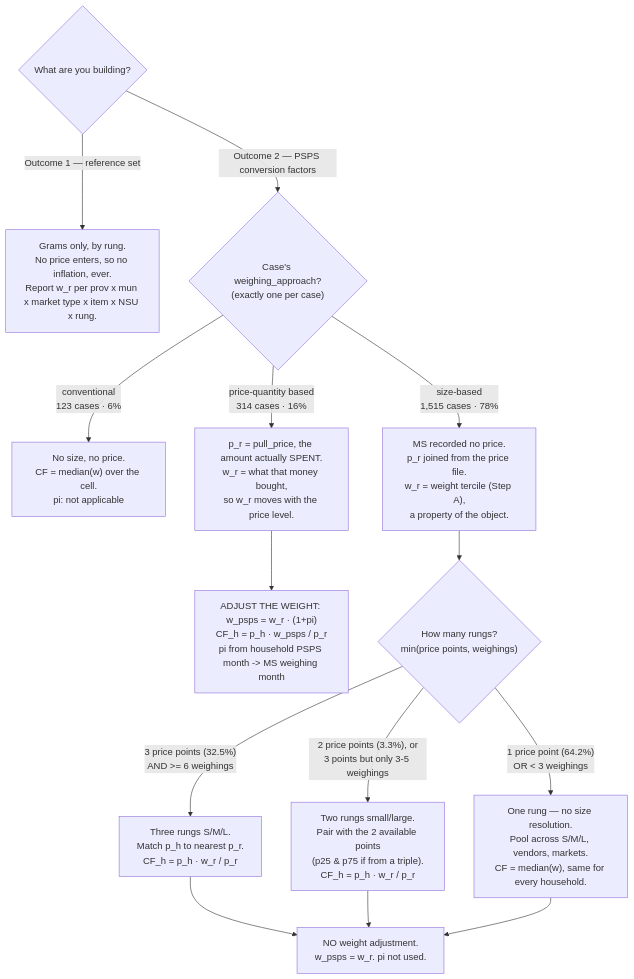
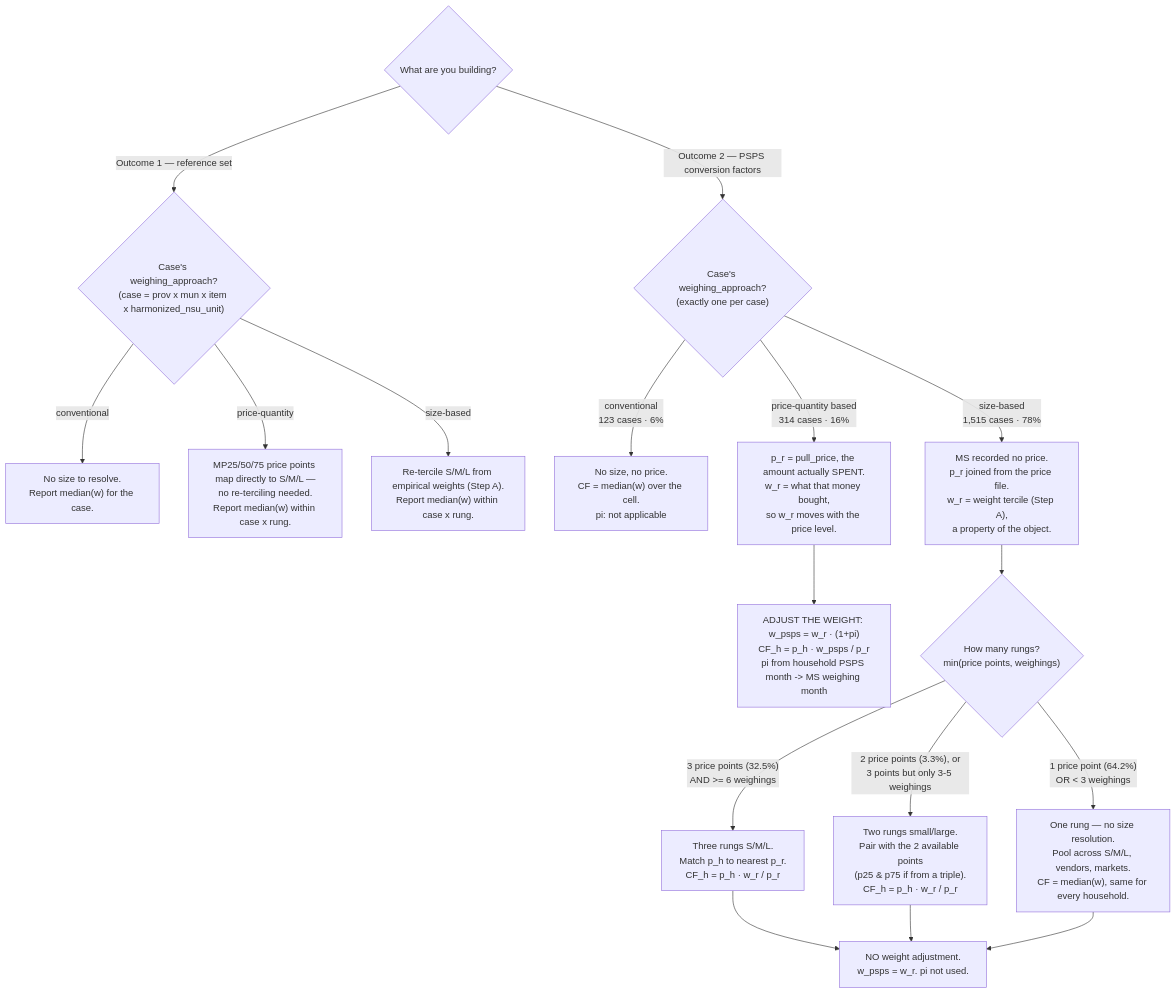
Before and after one commit to Shineyang03/nsu-market-survey-cleaning: the first of 2 diagrams in docs/conversion_factor_methodology.md, drawn with Mermaid. The commit also changed other lines of this file, not shown here.

First line of the commit message:
Fix GitHub math rendering, fork Outcome 1 by weighing approach, trim scaffolding

````diff
--- a/docs/conversion_factor_methodology.md
+++ b/docs/conversion_factor_methodology.md
@@ -29,22 +25,27 @@
 ```mermaid
 flowchart TD
     G{"What are you building?"}
-    G -->|"Outcome 1 — reference set"| O1["Grams only, by rung.<br/>No price enters, so no inflation, ever.<br/>Report w_r per prov x mun x market type x item x NSU x rung."]
+    G -->|"Outcome 1 — reference set"| WA1{"Case's weighing_approach?<br/>(case = prov x mun x item x harmonized_nsu_unit)"}
+
+    WA1 -->|"conventional"| OC["No size to resolve.<br/>Report median(w) for the case."]
+    WA1 -->|"price-quantity"| OP["MP25/50/75 price points map directly to S/M/L —<br/>no re-terciling needed.<br/>Report median(w) within case x rung."]
+    WA1 -->|"size-based"| OS["Re-tercile S/M/L from empirical weights (Step A).<br/>Report median(w) within case x rung."]
+
     G -->|"Outcome 2 — PSPS conversion factors"| WA{"Case's weighing_approach?<br/>(exactly one per case)"}
 
     WA -->|"conventional<br/>123 cases · 6%"| C1["No size, no price.<br/>CF = median(w) over the cell.<br/>pi: not applicable"]
 
     WA -->|"price-quantity based<br/>314 cases · 16%"| P1["p_r = pull_price, the amount actually SPENT.<br/>w_r = what that money bought,<br/>so w_r moves with the price level."]
     P1 --> P2["ADJUST THE WEIGHT: w_psps = w_r · (1+pi)<br/>CF_h = p_h · w_psps / p_r<br/>pi from household PSPS month -> MS weighing month"]
 
     WA -->|"size-based<br/>1,515 cases · 78%"| S1["MS recorded no price.<br/>p_r joined from the price file.<br/>w_r = weight tercile (Step A),<br/>a property of the object."]
     S1 --> S2{"How many rungs?<br/>min(price points, weighings)"}
 
     S2 -->|"3 price points (32.5%)<br/>AND >= 6 weighings"| R3["Three rungs S/M/L.<br/>Match p_h to nearest p_r.<br/>CF_h = p_h · w_r / p_r"]
     S2 -->|"2 price points (3.3%), or<br/>3 points but only 3-5 weighings"| R2["Two rungs small/large.<br/>Pair with the 2 available points<br/>(p25 & p75 if from a triple).<br/>CF_h = p_h · w_r / p_r"]
     S2 -->|"1 price point (64.2%)<br/>OR < 3 weighings"| R1["One rung — no size resolution.<br/>Pool across S/M/L, vendors, markets.<br/>CF = median(w), same for every household."]
 
     R3 --> PI["NO weight adjustment.<br/>w_psps = w_r. pi not used."]
     R2 --> PI
     R1 --> PI
 ```
````
